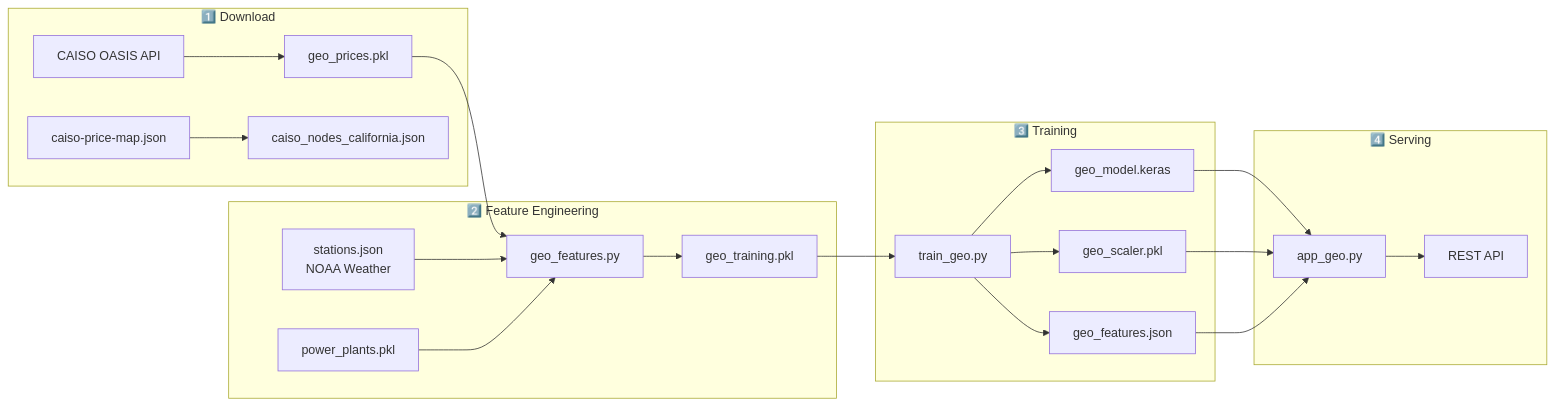
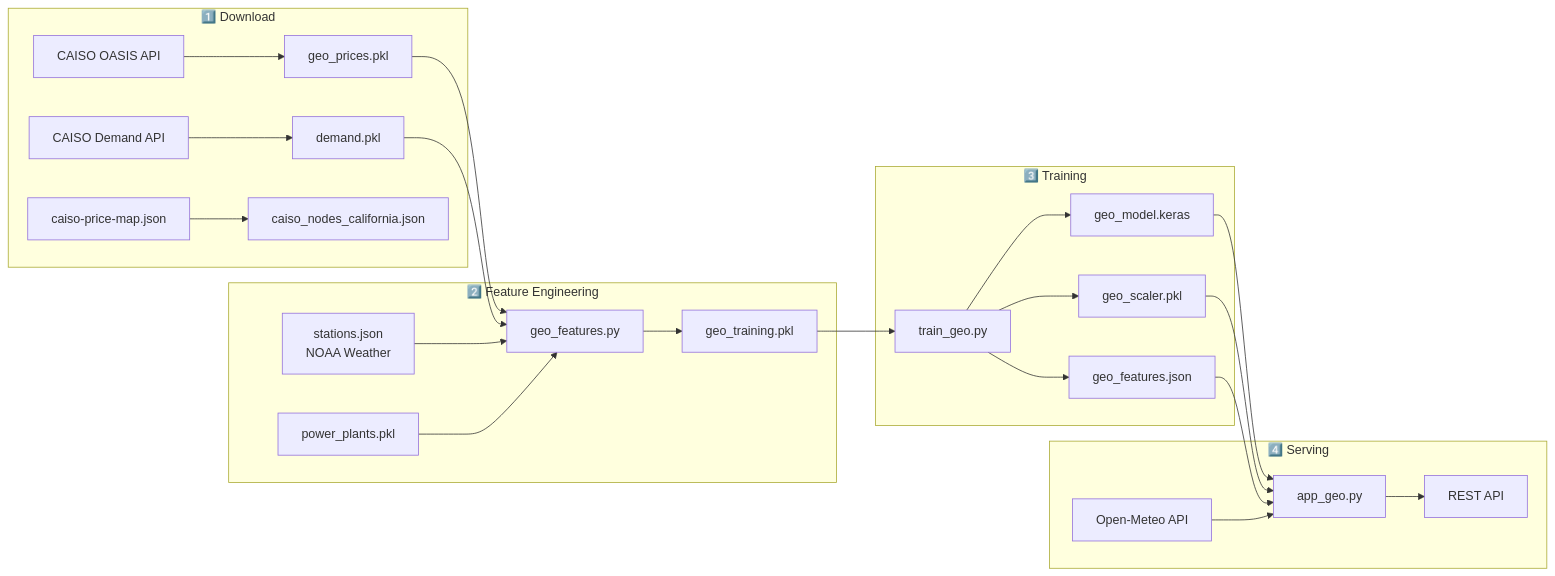
The second of 3 diagrams in README.md (nicechester/smart-grid-prediction), drawn with Mermaid before and after one commit. The commit also changed other lines of this file and 4 other files, not shown here.

````diff
--- a/README.md
+++ b/README.md
@@ -154,28 +181,31 @@
 ```mermaid
 flowchart LR
     subgraph Download["1️⃣ Download"]
         A["CAISO OASIS API"] --> B["geo_prices.pkl"]
+        A2["CAISO Demand API"] --> B2["demand.pkl"]
         C["caiso-price-map.json"] --> D["caiso_nodes_california.json"]
     end
     
     subgraph Features["2️⃣ Feature Engineering"]
         B --> E["geo_features.py"]
+        B2 --> E
         F["stations.json\nNOAA Weather"] --> E
         G["power_plants.pkl"] --> E
         E --> H["geo_training.pkl"]
     end
     
     subgraph Train["3️⃣ Training"]
         H --> I["train_geo.py"]
         I --> J["geo_model.keras"]
         I --> K["geo_scaler.pkl"]
         I --> L["geo_features.json"]
     end
     
     subgraph Serve["4️⃣ Serving"]
         J --> M["app_geo.py"]
         K --> M
         L --> M
+        OM["Open-Meteo API"] --> M
         M --> N["REST API"]
     end
 ```
````
